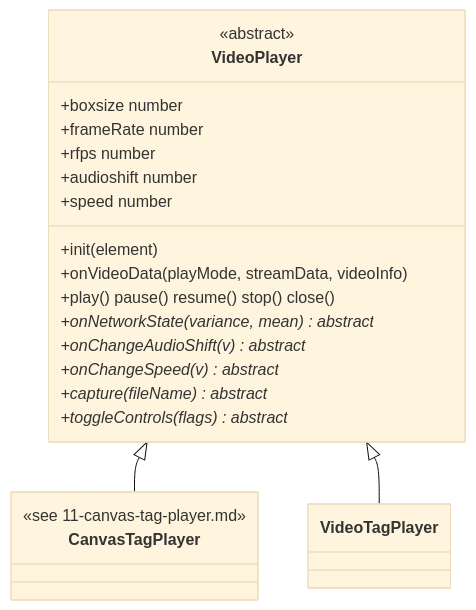
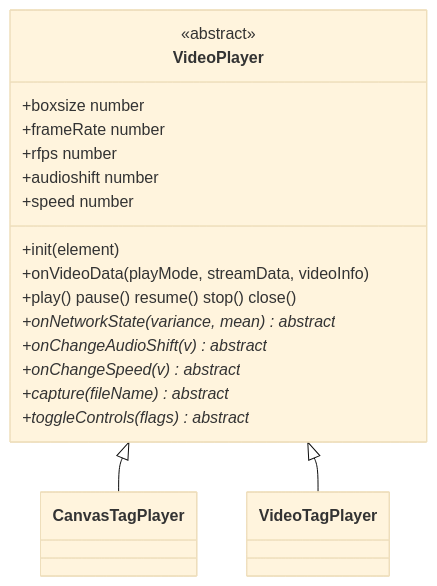
The first of 12 diagrams in docs/player/05-video-tag-player.md (melchi45/rtsp-over-websocket), drawn with Mermaid (base theme) before and after one commit. The commit also changed other lines of this file and 3 other files, not shown here.

````diff
--- a/docs/player/05-video-tag-player.md
+++ b/docs/player/05-video-tag-player.md
@@ -101,26 +107,24 @@
 ```mermaid
 classDiagram
     class VideoPlayer {
         <<abstract>>
         +boxsize number
         +frameRate number
         +rfps number
         +audioshift number
         +speed number
         +init(element)
         +onVideoData(playMode, streamData, videoInfo)
         +play() pause() resume() stop() close()
         +onNetworkState(variance, mean)* abstract
         +onChangeAudioShift(v)* abstract
         +onChangeSpeed(v)* abstract
         +capture(fileName)* abstract
         +toggleControls(flags)* abstract
     }
-    class CanvasTagPlayer {
-        <<see 11-canvas-tag-player.md>>
-    }
+    class CanvasTagPlayer
     class VideoTagPlayer
 
     VideoPlayer <|-- CanvasTagPlayer
     VideoPlayer <|-- VideoTagPlayer
 ```
````
